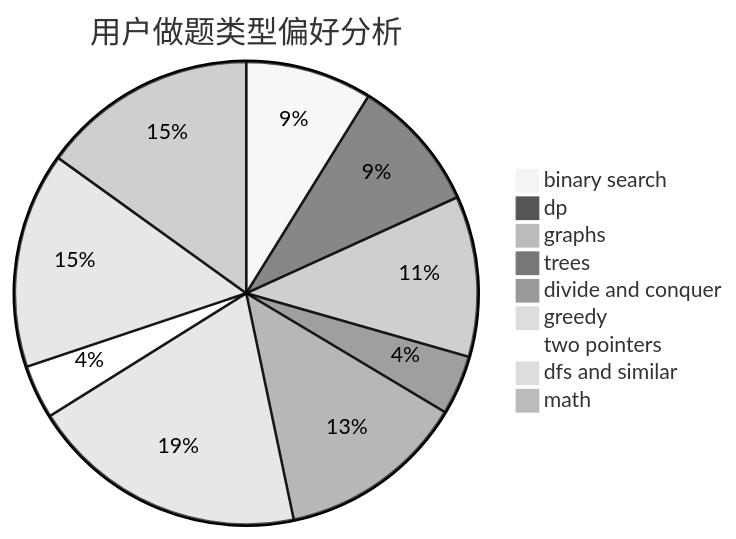
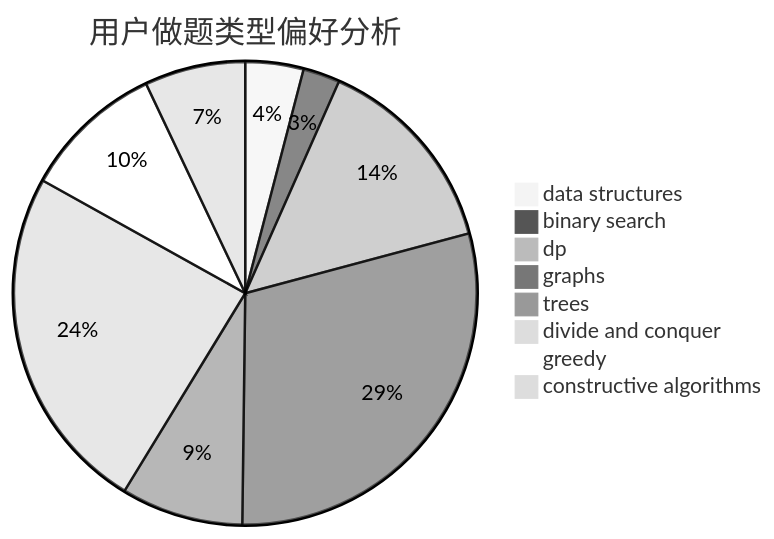
The second of 3 diagrams in docs/user/u229.md (sherpahu/cfrs.github.io), drawn with Mermaid (neutral theme) before and after one commit. The commit also changed other lines of this file and 2775 other files, not shown here.

````diff
--- a/docs/user/u229.md
+++ b/docs/user/u229.md
@@ -23,12 +23,11 @@
 ```mermaid
 pie title 用户做题类型偏好分析
-    "binary search" :  200
-    "dp" :  212
-    "graphs" :  254
-    "trees" :  94
-    "divide and conquer" :  297
-    "greedy" :  439
-    "two pointers" :  85
-    "dfs and similar" :  341
-    "math" :  341
+    "data structures" :  30
+    "binary search" :  19
+    "dp" :  105
+    "graphs" :  217
+    "trees" :  63
+    "divide and conquer" :  180
+    "greedy" :  73
+    "constructive algorithms" :  52
 ```
````
